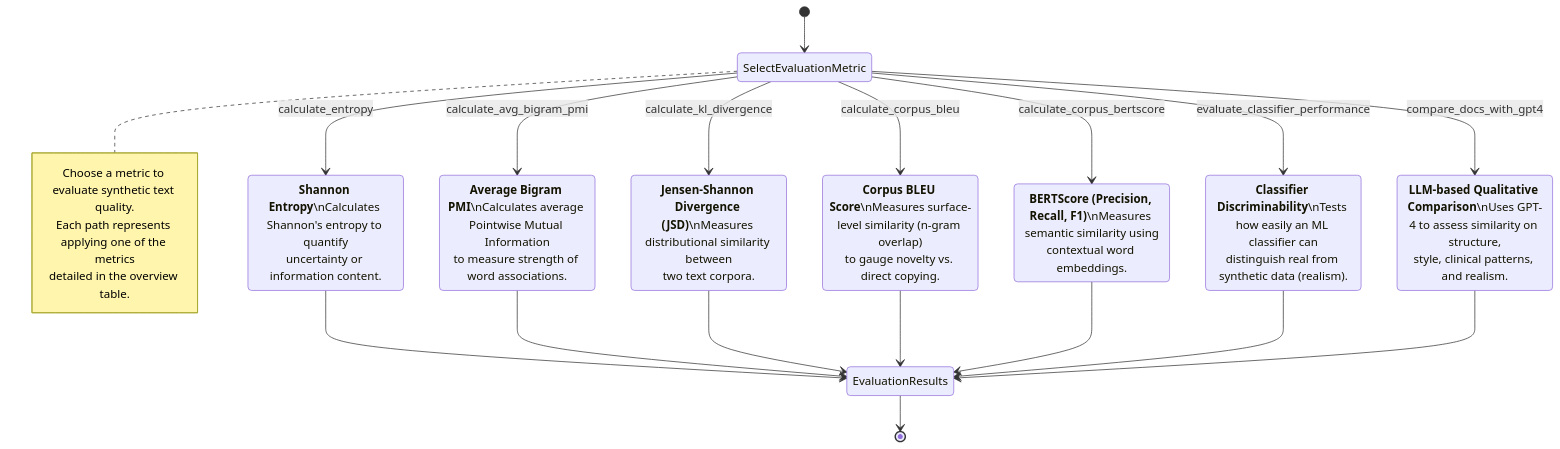
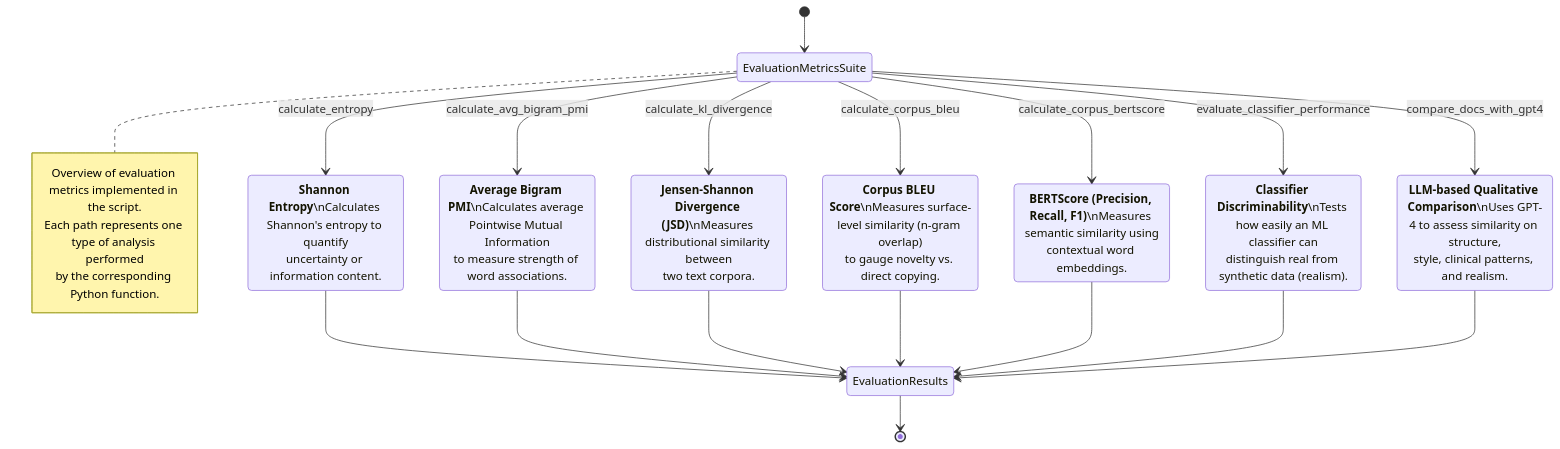
One commit to HR-DataLab-Healthcare/RESEARCH_SUPPORT changed the fourth of 5 diagrams in PROJECTS/Generative_Agent_based_Data-Synthesis/Readme.md. Above: the diagram before and after it, drawn with Mermaid. The commit also changed other lines of this file, not shown here.

````diff
--- a/PROJECTS/Generative_Agent_based_Data-Synthesis/Readme.md
+++ b/PROJECTS/Generative_Agent_based_Data-Synthesis/Readme.md
@@ -491,45 +490,43 @@
 ```mermaid
 
 stateDiagram-v2
-    [*] --> SelectEvaluationMetric
+    [*] --> EvaluationMetricsSuite
 
-    state SelectEvaluationMetric 
-        note right of SelectEvaluationMetric
-            Choose a metric to evaluate synthetic text quality.
-            Each path represents applying one of the metrics
-            detailed in the overview table.
-        end note
+    note right of EvaluationMetricsSuite
+        Overview of evaluation metrics implemented in the script.
+        Each path represents one type of analysis performed
+        by the corresponding Python function.
+    end note
 
-        SelectEvaluationMetric --> Metric_ShannonEntropy : calculate_entropy
-        Metric_ShannonEntropy: **Shannon Entropy**\nCalculates Shannon's entropy to quantify<br>uncertainty or information content.
+    EvaluationMetricsSuite --> Metric_ShannonEntropy : calculate_entropy
+    Metric_ShannonEntropy: **Shannon Entropy**\nCalculates Shannon's entropy to quantify<br>uncertainty or information content.
 
-        SelectEvaluationMetric --> Metric_AvgBigramPMI : calculate_avg_bigram_pmi
-        Metric_AvgBigramPMI: **Average Bigram PMI**\nCalculates average Pointwise Mutual Information<br>to measure strength of word associations.
+    EvaluationMetricsSuite --> Metric_AvgBigramPMI : calculate_avg_bigram_pmi
+    Metric_AvgBigramPMI: **Average Bigram PMI**\nCalculates average Pointwise Mutual Information<br>to measure strength of word associations.
 
-        SelectEvaluationMetric --> Metric_JSD : calculate_kl_divergence
-        Metric_JSD: **Jensen-Shannon Divergence (JSD)**\nMeasures distributional similarity between<br>two text corpora.
+    EvaluationMetricsSuite --> Metric_JSD : calculate_kl_divergence
+    Metric_JSD: **Jensen-Shannon Divergence (JSD)**\nMeasures distributional similarity between<br>two text corpora.
 
-        SelectEvaluationMetric --> Metric_CorpusBLEU : calculate_corpus_bleu
-        Metric_CorpusBLEU: **Corpus BLEU Score**\nMeasures surface-level similarity (n-gram overlap)<br>to gauge novelty vs. direct copying.
+    EvaluationMetricsSuite --> Metric_CorpusBLEU : calculate_corpus_bleu
+    Metric_CorpusBLEU: **Corpus BLEU Score**\nMeasures surface-level similarity (n-gram overlap)<br>to gauge novelty vs. direct copying.
 
-        SelectEvaluationMetric --> Metric_BERTScore : calculate_corpus_bertscore
-        Metric_BERTScore: **BERTScore (Precision, Recall, F1)**\nMeasures semantic similarity using<br>contextual word embeddings.
+    EvaluationMetricsSuite --> Metric_BERTScore : calculate_corpus_bertscore
+    Metric_BERTScore: **BERTScore (Precision, Recall, F1)**\nMeasures semantic similarity using<br>contextual word embeddings.
 
-        SelectEvaluationMetric --> Metric_ClassifierDiscriminability : evaluate_classifier_performance
-        Metric_ClassifierDiscriminability: **Classifier Discriminability**\nTests how easily an ML classifier can<br>distinguish real from synthetic data (realism).
+    EvaluationMetricsSuite --> Metric_ClassifierDiscriminability : evaluate_classifier_performance
+    Metric_ClassifierDiscriminability: **Classifier Discriminability**\nTests how easily an ML classifier can<br>distinguish real from synthetic data (realism).
 
-        SelectEvaluationMetric --> Metric_LLMQualitativeComparison : compare_docs_with_gpt4
-        Metric_LLMQualitativeComparison: **LLM-based Qualitative Comparison**\nUses GPT-4 to assess similarity on structure,<br>style, clinical patterns, and realism.
-    
+    EvaluationMetricsSuite --> Metric_LLMQualitativeComparison : compare_docs_with_gpt4
+    Metric_LLMQualitativeComparison: **LLM-based Qualitative Comparison**\nUses GPT-4 to assess similarity on structure,<br>style, clinical patterns, and realism.
 
     Metric_ShannonEntropy --> EvaluationResults
     Metric_AvgBigramPMI --> EvaluationResults
     Metric_JSD --> EvaluationResults
     Metric_CorpusBLEU --> EvaluationResults
     Metric_BERTScore --> EvaluationResults
     Metric_ClassifierDiscriminability --> EvaluationResults
     Metric_LLMQualitativeComparison --> EvaluationResults
 
     EvaluationResults --> [*]
 
 ```
````
